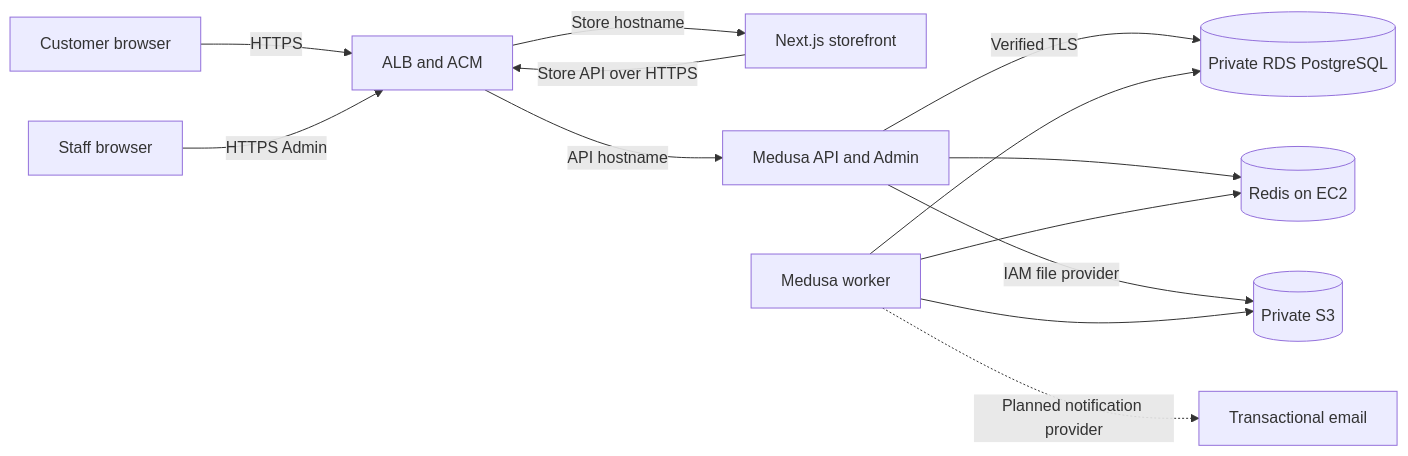
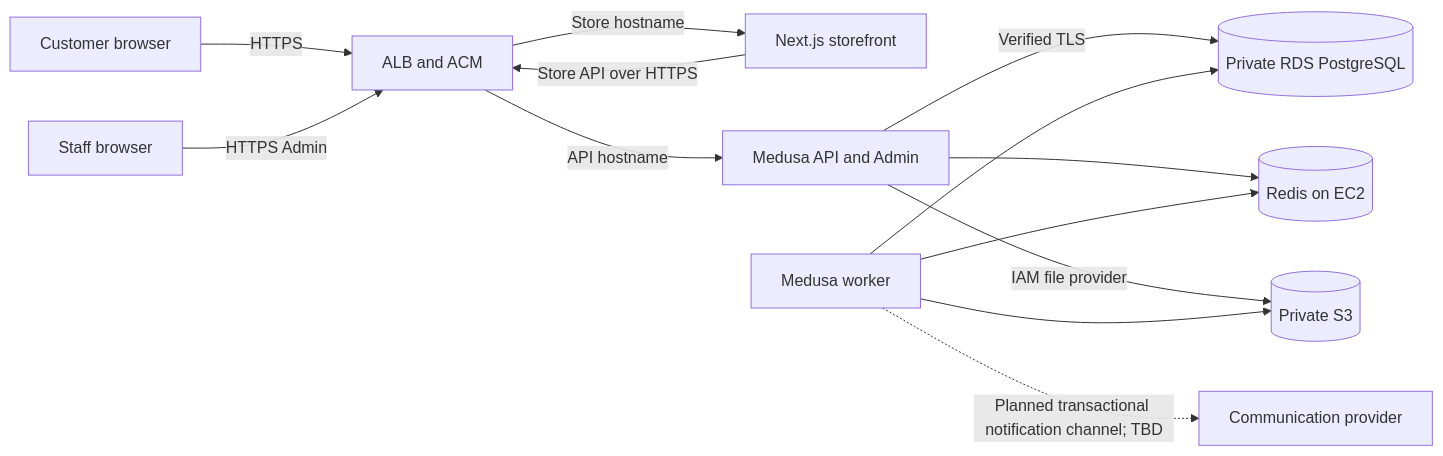
The diagram in docs/spec/03-architecture.md (kieuquy283/EnterpriseE-commercePlatform), drawn with Mermaid before and after one commit. The commit also changed 49 other files, not shown here.

````diff
--- a/docs/spec/03-architecture.md
+++ b/docs/spec/03-architecture.md
@@ -11,15 +11,15 @@
 ```mermaid
 flowchart LR
   Customer[Customer browser] -->|HTTPS| ALB[ALB and ACM]
   Staff[Staff browser] -->|HTTPS Admin| ALB
   ALB -->|Store hostname| Web[Next.js storefront]
   ALB -->|API hostname| API[Medusa API and Admin]
   Web -->|Store API over HTTPS| ALB
   API -->|Verified TLS| DB[(Private RDS PostgreSQL)]
   API --> Redis[(Redis on EC2)]
   Worker[Medusa worker] --> DB
   Worker --> Redis
   API -->|IAM file provider| S3[(Private S3)]
   Worker --> S3
-  Worker -.->|Planned notification provider| Email[Transactional email]
+  Worker -.->|Planned transactional notification channel; TBD| Provider[Communication provider]
 ```
````
